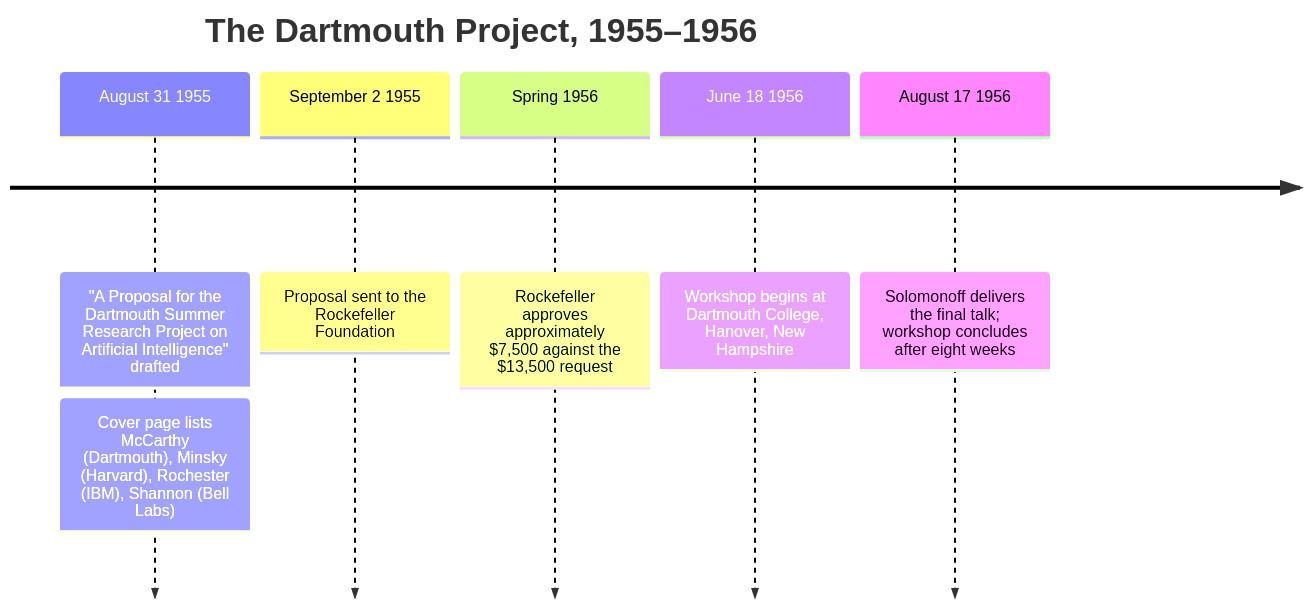
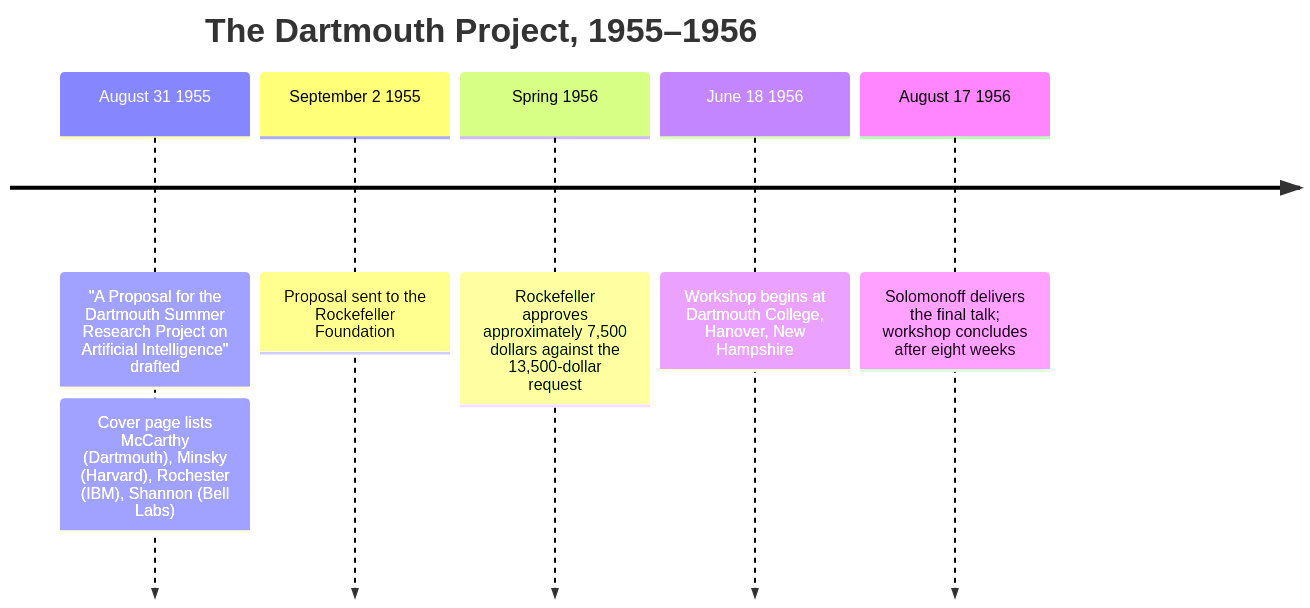
One commit to krisztiankoos/kubedojo changed the diagram in src/content/docs/ai-history/ch-11-the-summer-ai-named-itself.md. Above: the diagram before and after it, drawn with Mermaid. The commit also changed other lines of this file and 2 other files, not shown here.

````diff
--- a/src/content/docs/ai-history/ch-11-the-summer-ai-named-itself.md
+++ b/src/content/docs/ai-history/ch-11-the-summer-ai-named-itself.md
@@ -29,9 +29,9 @@
 ```mermaid
 timeline
     title The Dartmouth Project, 1955–1956
     August 31 1955 : "A Proposal for the Dartmouth Summer Research Project on Artificial Intelligence" drafted : Cover page lists McCarthy (Dartmouth), Minsky (Harvard), Rochester (IBM), Shannon (Bell Labs)
     September 2 1955 : Proposal sent to the Rockefeller Foundation
-    Spring 1956 : Rockefeller approves approximately $7,500 against the $13,500 request
+    Spring 1956 : Rockefeller approves approximately 7,500 dollars against the 13,500-dollar request
     June 18 1956 : Workshop begins at Dartmouth College, Hanover, New Hampshire
     August 17 1956 : Solomonoff delivers the final talk; workshop concludes after eight weeks
 ```
````
